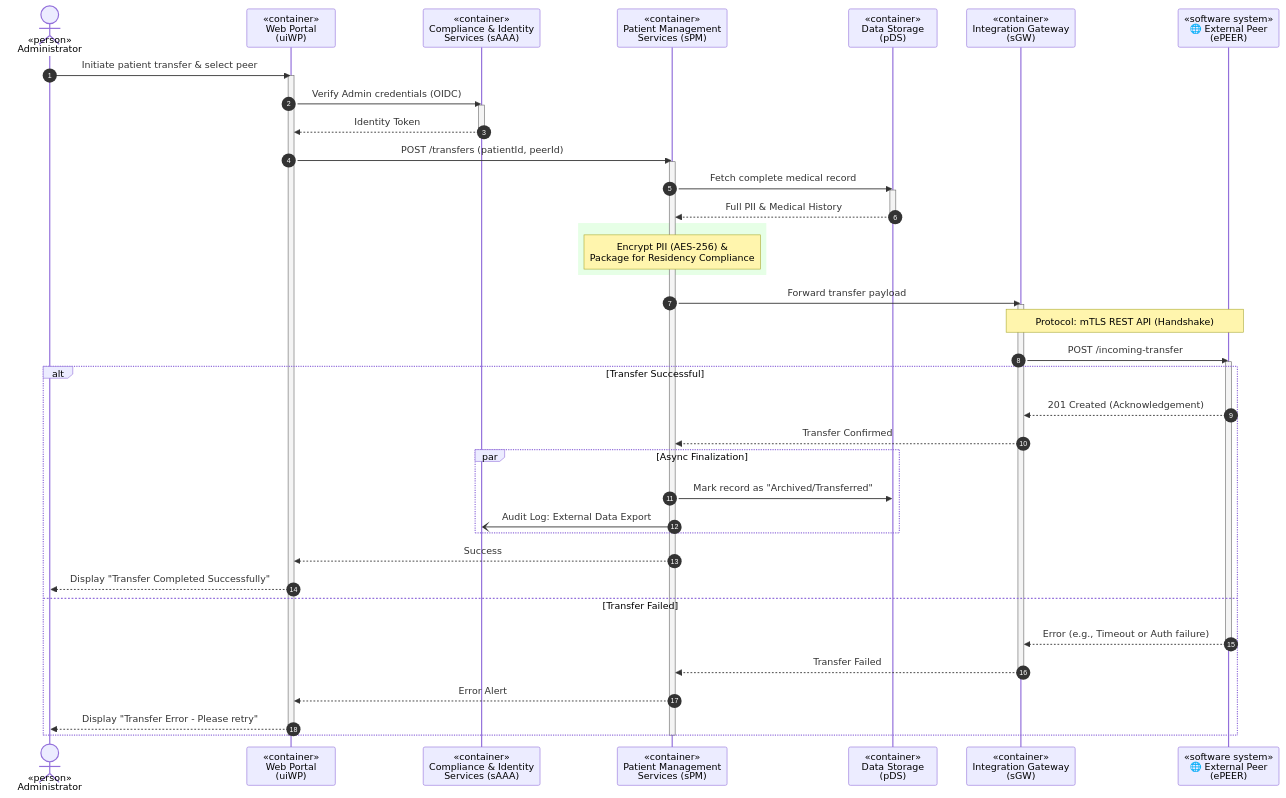
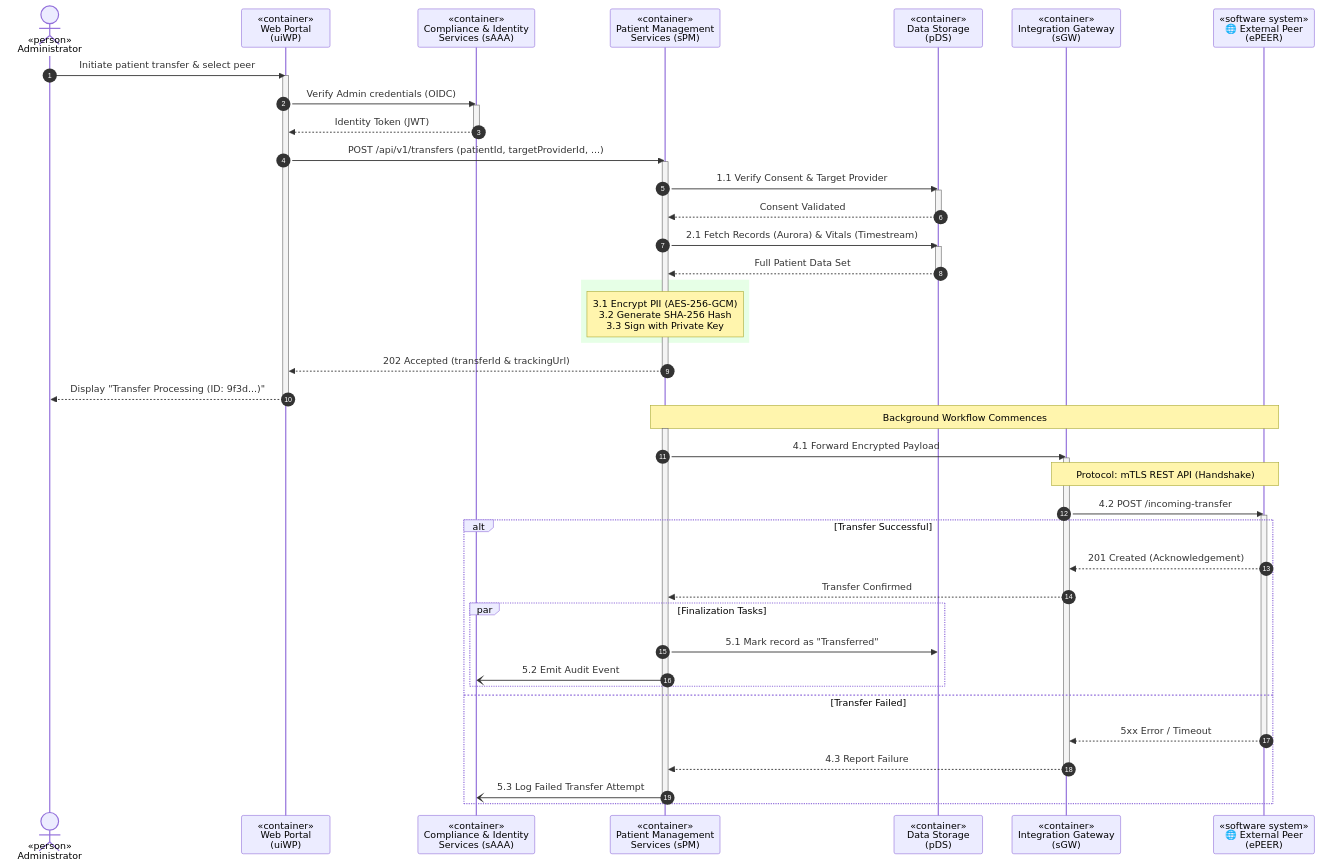
One commit to iugori/pulse-patrol changed the tenth of 14 diagrams in docs/hw6/ARD-v6.1-rfc.md. Above: the diagram before and after it, drawn with Mermaid. The commit also changed other lines of this file, not shown here.

Commit message:
hw6: API spec in ARD

````diff
--- a/docs/hw6/ARD-v6.1-rfc.md
+++ b/docs/hw6/ARD-v6.1-rfc.md
@@ -881,55 +883,63 @@
 ```mermaid
 sequenceDiagram
     autonumber
     actor A as «person»<br/>Administrator<br/>
     participant WP as «container»<br/>Web Portal<br/>(uiWP)
     participant AAA as «container»<br/>Compliance & Identity<br/>Services (sAAA)
     participant PMS as «container»<br/>Patient Management<br/>Services (sPM)
     participant DS as «container»<br/>Data Storage<br/>(pDS)
     participant GW as «container»<br/>Integration Gateway<br/>(sGW)
     participant PEER as «software system»<br/>🌐 External Peer<br/>(ePEER)
+%% PHASE 1: VALIDATION
     A ->> WP: Initiate patient transfer & select peer
     activate WP
     WP ->> AAA: Verify Admin credentials (OIDC)
     activate AAA
-    AAA -->> WP: Identity Token
+    AAA -->> WP: Identity Token (JWT)
     deactivate AAA
-    WP ->> PMS: POST /transfers (patientId, peerId)
+    WP ->> PMS: POST /api/v1/transfers (patientId, targetProviderId, ...)
     activate PMS
-    PMS ->> DS: Fetch complete medical record
+    PMS ->> DS: 1.1 Verify Consent & Target Provider
     activate DS
-    DS -->> PMS: Full PII & Medical History
+    DS -->> PMS: Consent Validated
     deactivate DS
-
+%% PHASE 2: DATA AGGREGATION
+    PMS ->> DS: 2.1 Fetch Records (Aurora) & Vitals (Timestream)
+    activate DS
+    DS -->> PMS: Full Patient Data Set
+    deactivate DS
+%% PHASE 3: SECURITY (PACKAGING)
     rect rgb(230, 255, 230)
-        Note over PMS: Encrypt PII (AES-256) & <br/>Package for Residency Compliance
+        Note over PMS: 3.1 Encrypt PII (AES-256-GCM)<br/>3.2 Generate SHA-256 Hash<br/>3.3 Sign with Private Key
     end
-
-    PMS ->> GW: Forward transfer payload
+%% ASYNC HANDOFF
+    PMS -->> WP: 202 Accepted (transferId & trackingUrl)
+    deactivate PMS
+    WP -->> A: Display "Transfer Processing (ID: 9f3d...)"
+    deactivate WP
+%% PHASE 4: TRANSFER (BACKGROUND)
+    Note over PMS, PEER: Background Workflow Commences
+    activate PMS
+    PMS ->> GW: 4.1 Forward Encrypted Payload
     activate GW
     Note over GW, PEER: Protocol: mTLS REST API (Handshake)
-    GW ->> PEER: POST /incoming-transfer
+    GW ->> PEER: 4.2 POST /incoming-transfer
     activate PEER
 
     alt Transfer Successful
         PEER -->> GW: 201 Created (Acknowledgement)
         GW -->> PMS: Transfer Confirmed
-
-        par Async Finalization
-            PMS ->> DS: Mark record as "Archived/Transferred"
-            PMS -) AAA: Audit Log: External Data Export
+    %% PHASE 5: FINALIZATION
+        par Finalization Tasks
+            PMS ->> DS: 5.1 Mark record as "Transferred"
+            PMS -) AAA: 5.2 Emit Audit Event 
         end
-
-        PMS -->> WP: Success
-        WP -->> A: Display "Transfer Completed Successfully"
     else Transfer Failed
-        PEER -->> GW: Error (e.g., Timeout or Auth failure)
+        PEER -->> GW: 5xx Error / Timeout
         deactivate PEER
-        GW -->> PMS: Transfer Failed
+        GW -->> PMS: 4.3 Report Failure
         deactivate GW
-        PMS -->> WP: Error Alert
-        WP -->> A: Display "Transfer Error - Please retry"
+        PMS -) AAA: 5.3 Log Failed Transfer Attempt
     end
     deactivate PMS
-    deactivate WP
 ```
````
